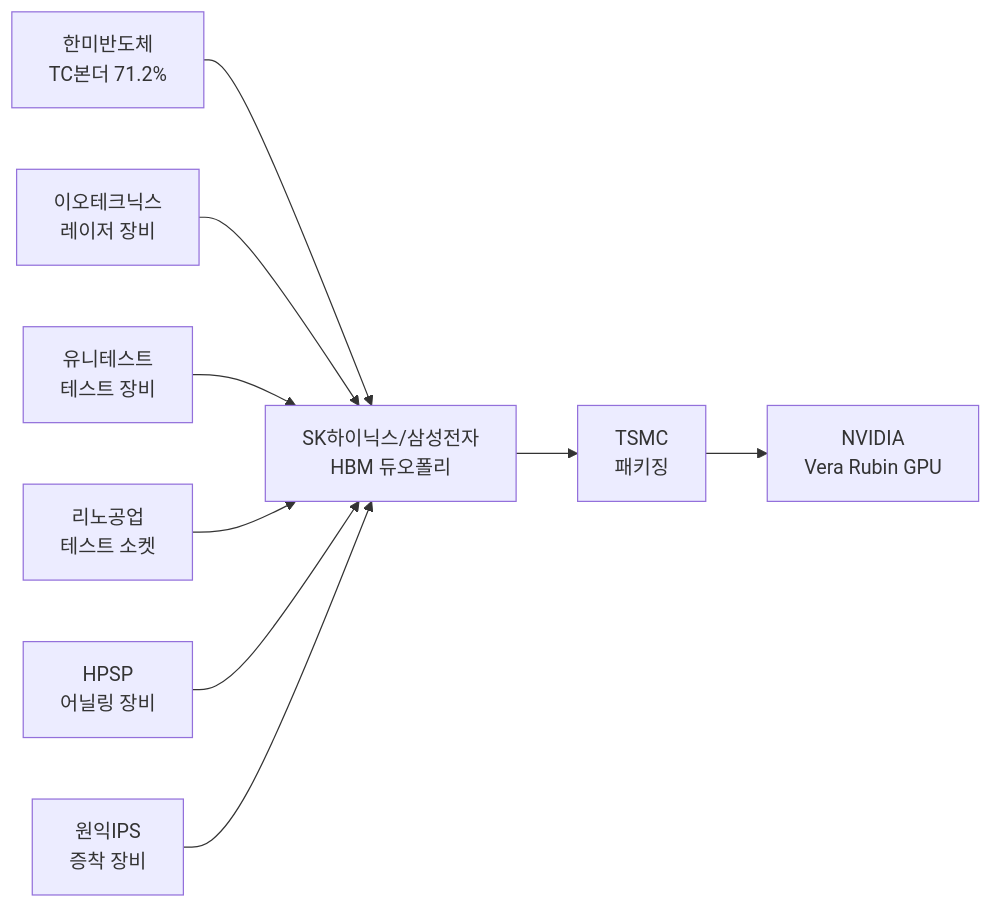
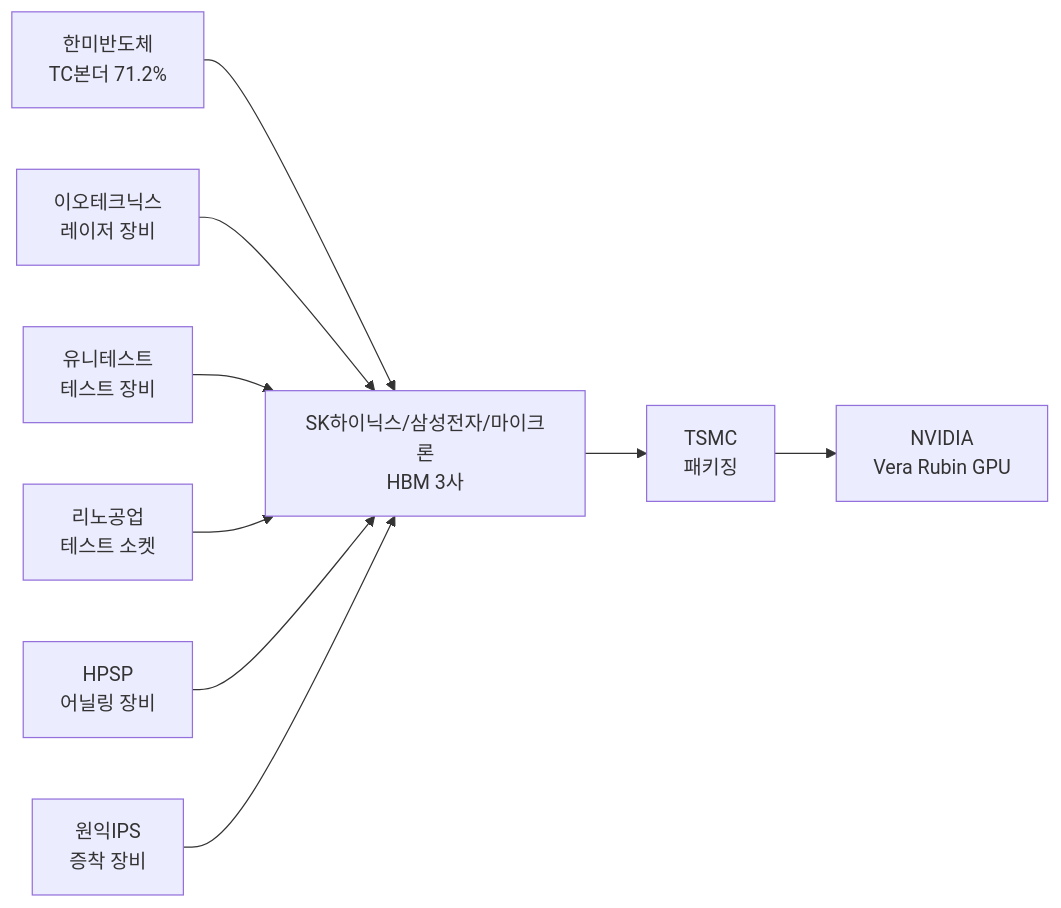
Before and after one commit to dss99911/dss99911.github.io: the second of 3 diagrams in _posts/knowledge/invest/2026-01-21-hbm-sector-outlook-2026.md, drawn with Mermaid. The commit also changed other lines of this file and 15 other files, not shown here.

````diff
--- a/_posts/knowledge/invest/2026-01-21-hbm-sector-outlook-2026.md
+++ b/_posts/knowledge/invest/2026-01-21-hbm-sector-outlook-2026.md
@@ -220,12 +237,12 @@
 ```mermaid
 graph LR
-    A["한미반도체<br/>TC본더 71.2%"] --> B["SK하이닉스/삼성전자<br/>HBM 듀오폴리"]
+    A["한미반도체<br/>TC본더 71.2%"] --> B["SK하이닉스/삼성전자/마이크론<br/>HBM 3사"]
     B --> C["TSMC<br/>패키징"]
     C --> D["NVIDIA<br/>Vera Rubin GPU"]
 
     E["이오테크닉스<br/>레이저 장비"] --> B
     F["유니테스트<br/>테스트 장비"] --> B
     G["리노공업<br/>테스트 소켓"] --> B
     H["HPSP<br/>어닐링 장비"] --> B
     I["원익IPS<br/>증착 장비"] --> B
 ```
````
